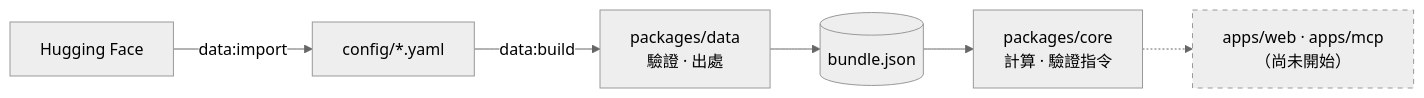
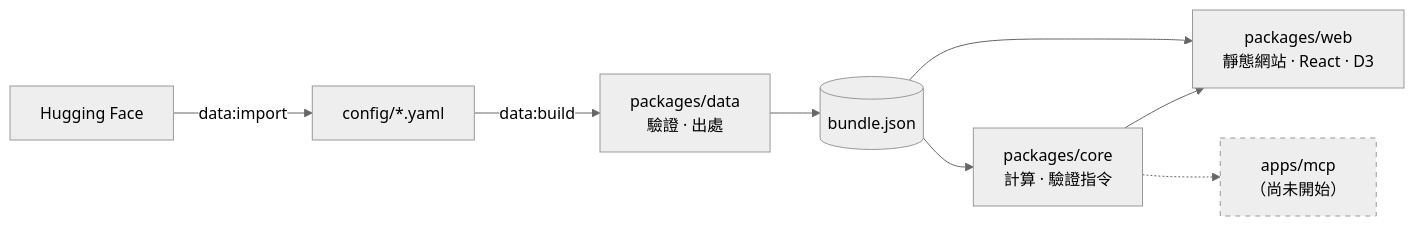
The diagram in README.md (NCHC-bio/inference-calculator), drawn with Mermaid (neutral theme) before and after one commit. The commit also changed other lines of this file and 14 other files, not shown here.

````diff
--- a/README.md
+++ b/README.md
@@ -57,16 +59,19 @@
 ```mermaid
 flowchart LR
     HF["Hugging Face"]
     CFG["config/*.yaml"]
     DATA["packages/data<br/>驗證 · 出處"]
     BUNDLE[("bundle.json")]
     CORE["packages/core<br/>計算 · 驗證指令"]
-    APPS["apps/web · apps/mcp<br/>（尚未開始）"]
+    WEB["packages/web<br/>靜態網站 · React · D3"]
+    APPS["apps/mcp<br/>（尚未開始）"]
 
     HF -- "data:import" --> CFG
     CFG -- "data:build" --> DATA
     DATA --> BUNDLE --> CORE
+    BUNDLE --> WEB
+    CORE --> WEB
     CORE -.-> APPS
 
     style APPS stroke-dasharray: 5 5
 ```
````
